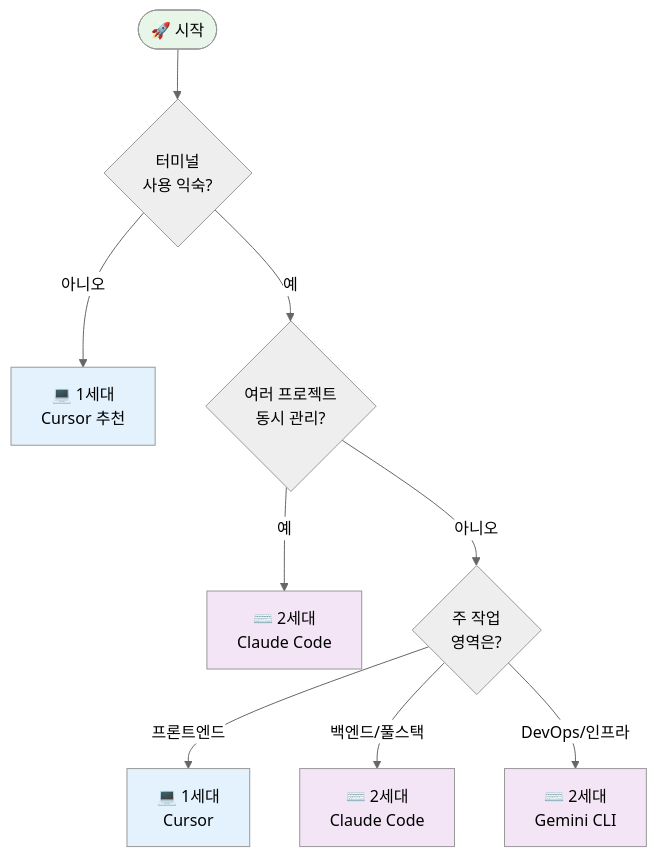
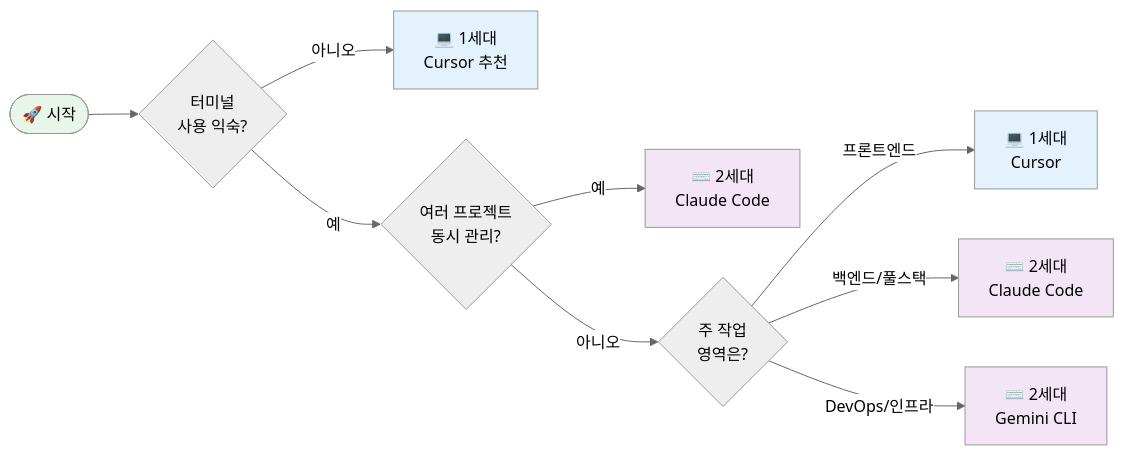
The diagram in Projects/LlmAndVibeCoding/markdown/05-generation-comparison.md (Finfra/m2slide), drawn with Mermaid (neutral theme) before and after one commit. The commit also changed other lines of this file and 37 other files, not shown here.

````diff
--- a/Projects/LlmAndVibeCoding/markdown/05-generation-comparison.md
+++ b/Projects/LlmAndVibeCoding/markdown/05-generation-comparison.md
@@ -127,21 +127,21 @@
 ```mermaid
-graph TD
+graph LR
     Start([🚀 시작]) --> Q1{터미널<br/>사용 익숙?}
 
     Q1 -->|아니오| R1[💻 1세대<br/>Cursor 추천]
     Q1 -->|예| Q2{여러 프로젝트<br/>동시 관리?}
 
     Q2 -->|예| R2[⌨️ 2세대<br/>Claude Code]
     Q2 -->|아니오| Q3{주 작업<br/>영역은?}
 
     Q3 -->|프론트엔드| R3[💻 1세대<br/>Cursor]
     Q3 -->|백엔드/풀스택| R4[⌨️ 2세대<br/>Claude Code]
     Q3 -->|DevOps/인프라| R5[⌨️ 2세대<br/>Gemini CLI]
 
     style Start fill:#e8f5e9
     style R1 fill:#e3f2fd
     style R2 fill:#f3e5f5
     style R3 fill:#e3f2fd
     style R4 fill:#f3e5f5
     style R5 fill:#f3e5f5
 ```
````
